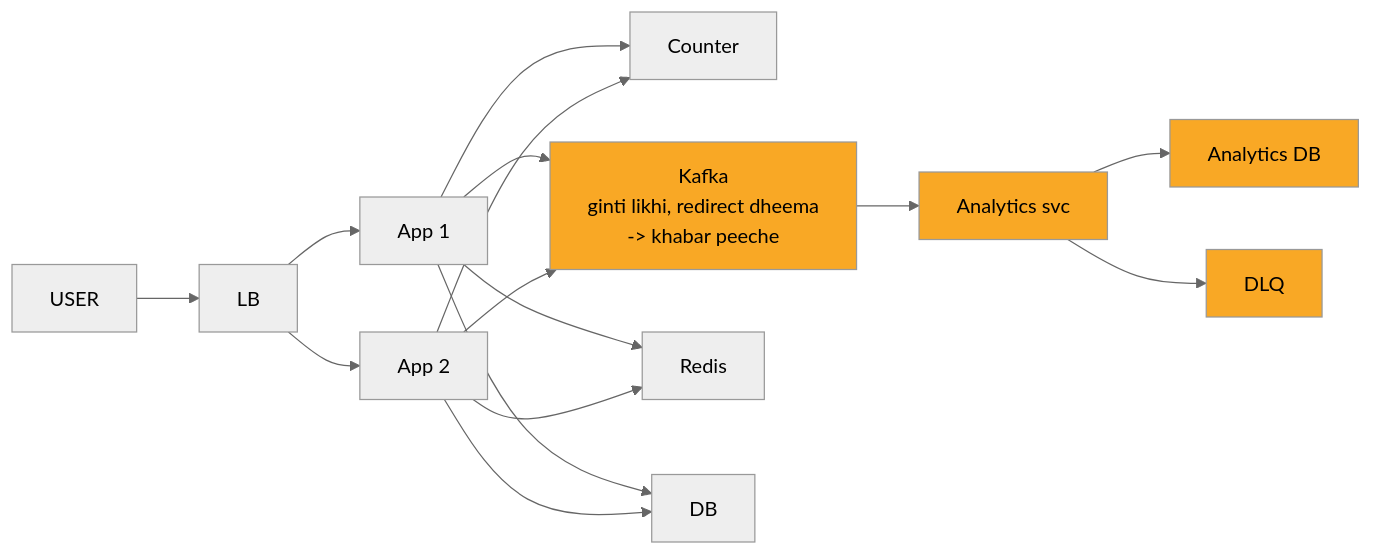
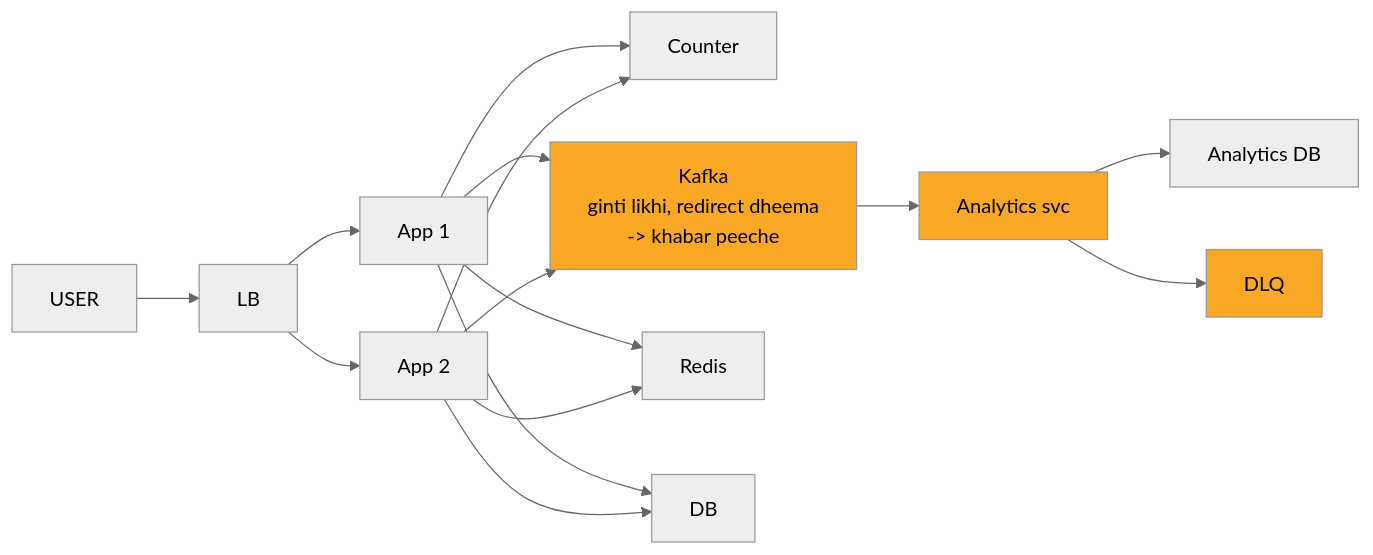
Before and after one commit to ArpanMaheshwari144/Prep: the fifth of 10 diagrams in 04_HLD/SYSTEM_DESIGNS/01_url_shortener/01_url_shortener.md, drawn with Mermaid (neutral theme). The commit also changed other lines of this file and 6 other files, not shown here.

````diff
--- a/04_HLD/SYSTEM_DESIGNS/01_url_shortener/01_url_shortener.md
+++ b/04_HLD/SYSTEM_DESIGNS/01_url_shortener/01_url_shortener.md
@@ -215,32 +215,31 @@
 ```mermaid
 flowchart LR
     n_USER["USER"]
     n_LB["LB"]
     n_App_x_N_1["App 1"]
     n_App_x_N_2["App 2"]
     n_Counter["Counter"]
     n_Kafka["Kafka<br/>ginti likhi, redirect dheema<br/>-> khabar peeche"]
     n_Analytics_svc["Analytics svc"]
     n_Analytics_DB["Analytics DB"]
     n_DLQ["DLQ"]
     n_Redis["Redis"]
     n_DB["DB"]
     n_USER --> n_LB
     n_LB --> n_App_x_N_1
     n_LB --> n_App_x_N_2
     n_App_x_N_1 --> n_Counter
     n_App_x_N_2 --> n_Counter
     n_App_x_N_1 --> n_Kafka
     n_App_x_N_2 --> n_Kafka
     n_App_x_N_1 --> n_Redis
     n_App_x_N_2 --> n_Redis
     n_Kafka --> n_Analytics_svc
     n_Analytics_svc --> n_Analytics_DB
     n_App_x_N_1 --> n_DB
     n_App_x_N_2 --> n_DB
     n_Analytics_svc --> n_DLQ
     style n_Kafka fill:#f9a825,color:#000
     style n_Analytics_svc fill:#f9a825,color:#000
-    style n_Analytics_DB fill:#f9a825,color:#000
     style n_DLQ fill:#f9a825,color:#000
 ```
````
